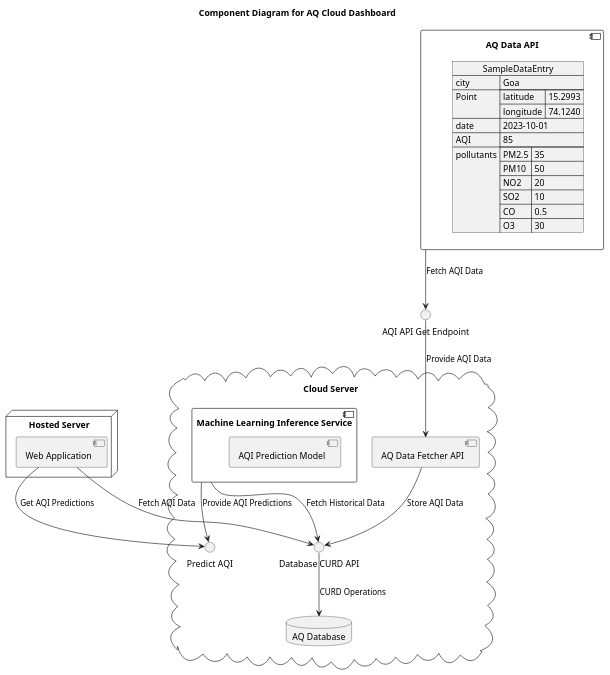
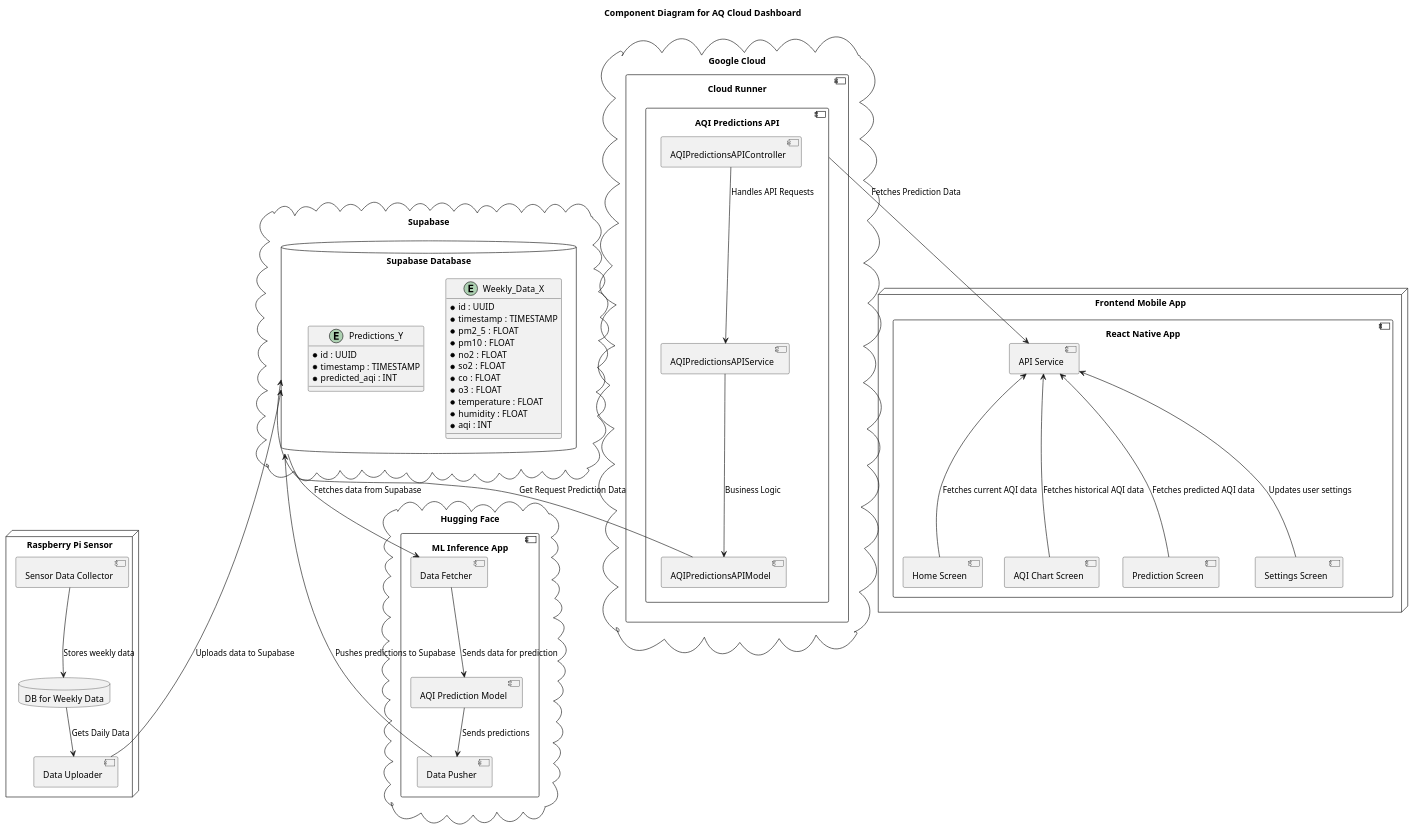
One commit to dcst-goa-university/AQ-Cloud-Dashboard changed the diagram in docs/Component.pu. Above: the diagram before and after it, drawn with PlantUML.

Commit message:
updated plan

```diff
--- a/docs/Component.pu
+++ b/docs/Component.pu
@@ -1,48 +1,80 @@
 @startuml "AQ Cloud Dashboard Component Diagram"
 title "Component Diagram for AQ Cloud Dashboard"
-component "AQ Data API" as AQDataAPI{
-    json SampleDataEntry{
-        "city": "Goa",
-        "Point": {
-            "latitude": 15.2993,
-            "longitude": 74.1240
-        },
-        "date": "2023-10-01",
-        "AQI": 85,
-        "pollutants": {
-            "PM2.5": 35,
-            "PM10": 50,
-            "NO2": 20,
-            "SO2": 10,
-            "CO": 0.5,
-            "O3": 30
+allow_mixing
+node "Raspberry Pi Sensor"{
+    component "Sensor Data Collector" as SensorDataCollector
+    database "DB for Weekly Data" as WeeklyDB
+    component "Data Uploader" as DataUploader
+    SensorDataCollector --> WeeklyDB : "Stores weekly data"
+    WeeklyDB --> DataUploader : "Gets Daily Data"
+
+}
+
+cloud "Supabase" {
+    database "Supabase Database" as SupabaseDB{
+        entity "Weekly_Data_X" as WeeklyData{
+            * id : UUID
+            * timestamp : TIMESTAMP
+            * pm2_5 : FLOAT
+            * pm10 : FLOAT
+            * no2 : FLOAT
+            * so2 : FLOAT
+            * co : FLOAT
+            * o3 : FLOAT
+            * temperature : FLOAT
+            * humidity : FLOAT
+            * aqi : INT
+        }
+
+        entity "Predictions_Y" as Predictions{
+            * id : UUID
+            * timestamp : TIMESTAMP
+            * predicted_aqi : INT
         }
     }
 }
 
-interface "AQI API Get Endpoint" as AQIAPI
+DataUploader -up---> SupabaseDB : "Uploads data to Supabase"
 
-cloud "Cloud Server" {
-    component "Machine Learning Inference Service" as MLService{
-        component "AQI Prediction Model" as AQIPredModel
+cloud "Hugging Face"{
+    component "ML Inference App" as MLInferenceApp{
+        component "AQI Prediction Model" as AQIPredictionModel
+        component "Data Fetcher" as DataFetcher
+        component "Data Pusher" as DataPusher
+        SupabaseDB --> DataFetcher : "Fetches data from Supabase"
+        DataFetcher --> AQIPredictionModel : "Sends data for prediction"
+        AQIPredictionModel --> DataPusher : "Sends predictions"
+        DataPusher -up-> SupabaseDB : "Pushes predictions to Supabase"
     }
-    interface "Predict AQI" as AQIPredAPI
-    database "AQ Database" as DB
-    interface "Database CURD API" as DBAPI
-
-    component "AQ Data Fetcher API" as DataAPI
 }
 
-node "Hosted Server" {
-    component "Web Application" as WebApp
+cloud "Google Cloud"{
+    component "Cloud Runner" as CloudRunner{
+        component "AQI Predictions API" as AQIPredictionsAPI{
+            component AQIPredictionsAPIController
+            component AQIPredictionsAPIService
+            component AQIPredictionsAPIModel
+        }
+    }
 }
 
-AQDataAPI --> AQIAPI : "Fetch AQI Data"
-AQIAPI --> DataAPI : "Provide AQI Data"
-DataAPI --> DBAPI : "Store AQI Data"
-DBAPI --> DB : "CURD Operations"
-WebApp --> DBAPI : "Fetch AQI Data"
-MLService --> DBAPI : "Fetch Historical Data"
-MLService --> AQIPredAPI : "Provide AQI Predictions"
-WebApp --> AQIPredAPI : "Get AQI Predictions"
+AQIPredictionsAPIModel -up-> SupabaseDB : "Get Request Prediction Data"
+AQIPredictionsAPIService --> AQIPredictionsAPIModel : "Business Logic"
+AQIPredictionsAPIController --> AQIPredictionsAPIService : "Handles API Requests"
+
+
+node "Frontend Mobile App"{
+    component "React Native App" as ReactNativeApp{
+        component "Home Screen" as HomeScreen
+        component "AQI Chart Screen" as AQIChartScreen
+        component "Prediction Screen" as PredictionScreen
+        component "Settings Screen" as SettingsScreen
+        component "API Service" as APIService
+        AQIPredictionsAPI -down-> APIService : "Fetches Prediction Data"
+        HomeScreen -up-> APIService : "Fetches current AQI data"
+        AQIChartScreen -up-> APIService : "Fetches historical AQI data"
+        PredictionScreen -up-> APIService : "Fetches predicted AQI data"
+        SettingsScreen -up-> APIService : "Updates user settings"
+    }
+}
 @enduml
```
